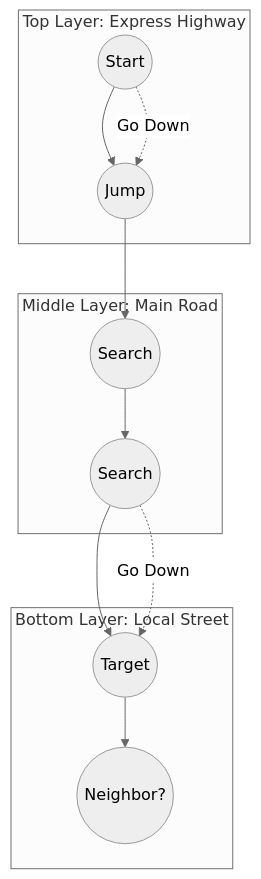
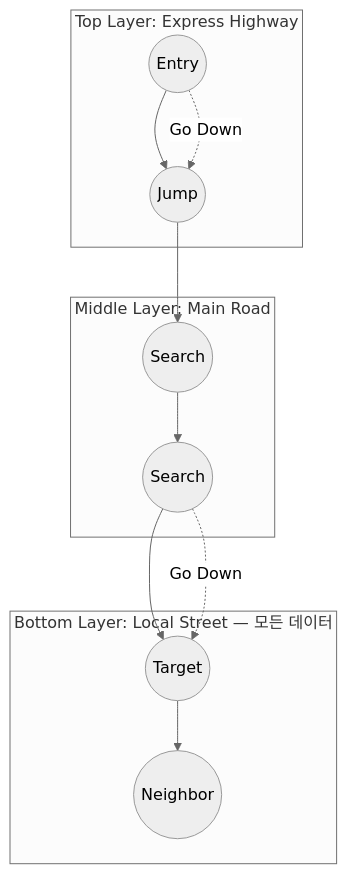
One commit to jyukki97/study-blog changed the first of 2 diagrams in content/learning/deep-dive/deep-dive-vector-db-internals.md. Above: the diagram before and after it, drawn with Mermaid (neutral theme). The commit also changed other lines of this file and 11 other files, not shown here.

````diff
--- a/content/learning/deep-dive/deep-dive-vector-db-internals.md
+++ b/content/learning/deep-dive/deep-dive-vector-db-internals.md
@@ -35,17 +68,17 @@
 ```mermaid
 graph TD
     subgraph Layer 2 [Top Layer: Express Highway]
-    A1((Start)) --> B1((Jump))
+    A1((Entry)) --> B1((Jump))
     end
     
     subgraph Layer 1 [Middle Layer: Main Road]
     B1 --> C1((Search)) --> D1((Search))
     end
     
-    subgraph Layer 0 [Bottom Layer: Local Street]
-    D1 --> E1((Target)) --> F1((Neighbor?))
+    subgraph Layer 0 [Bottom Layer: Local Street — 모든 데이터]
+    D1 --> E1((Target)) --> F1((Neighbor))
     end
     
     A1 -.->|Go Down| B1
     D1 -.->|Go Down| E1
 ```
````
